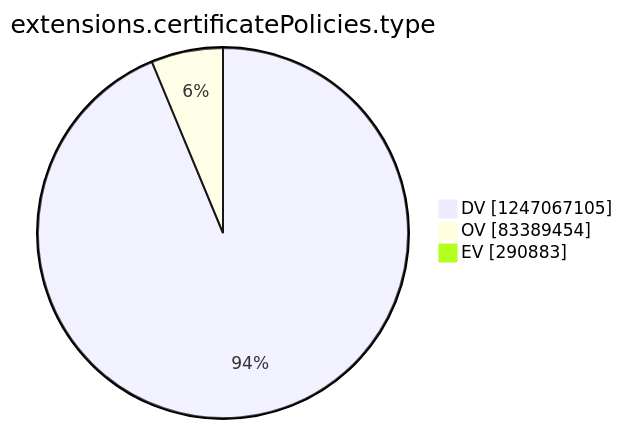
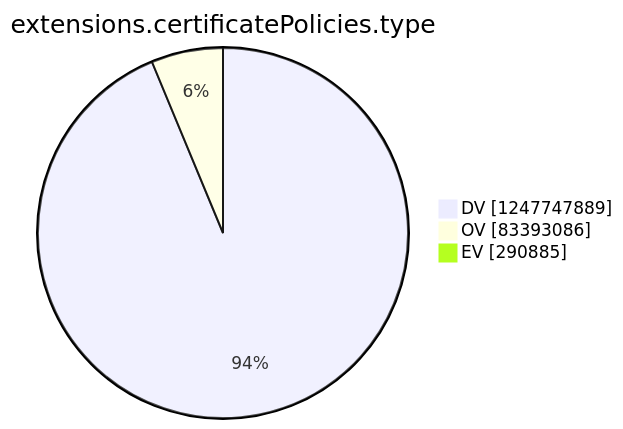
One commit to christiankrug/ctmonitor_visualization changed the tenth of 15 diagrams in argon2022/README.md. Above: the diagram before and after it, drawn with Mermaid. The commit also changed other lines of this file, not shown here.

````diff
--- a/argon2022/README.md
+++ b/argon2022/README.md
@@ -2771,7 +2771,7 @@
 ```mermaid
 pie showData
 title extensions.certificatePolicies.type
-"DV" :1247067105
-"OV" :83389454
-"EV" :290883
+"DV" :1247747889
+"OV" :83393086
+"EV" :290885
 ```
````
